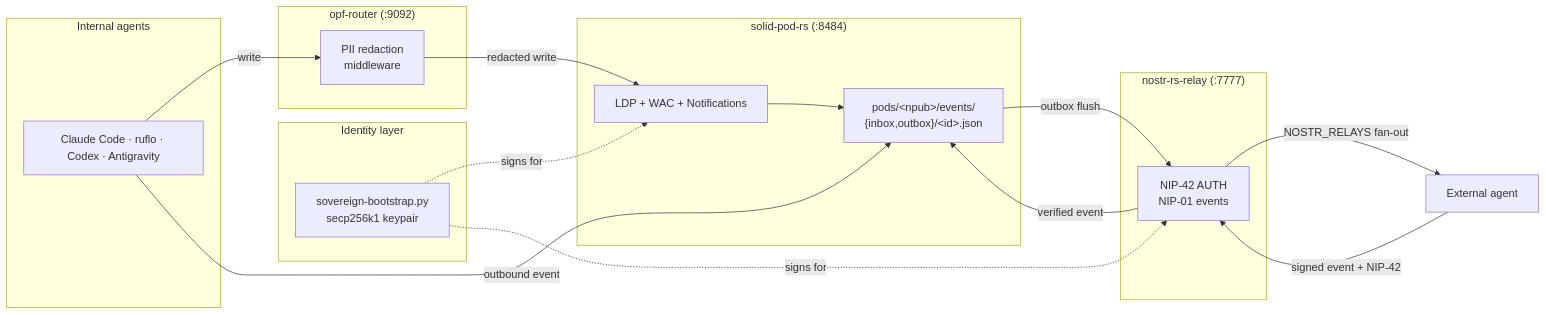
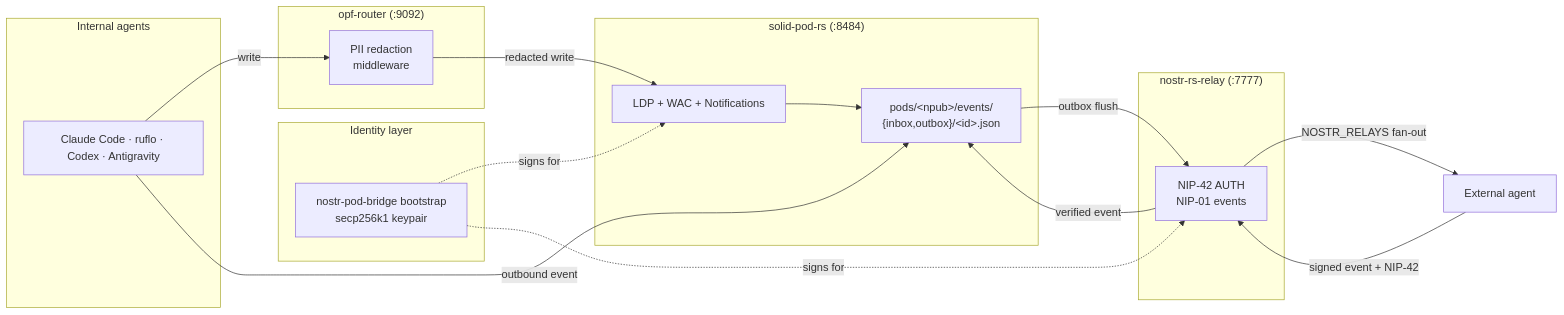
One commit to DreamLab-AI/agentbox changed the diagram in docs/user/solid-pod.md. Above: the diagram before and after it, drawn with Mermaid. The commit also changed other lines of this file and 11 other files, not shown here.

First line of the commit message:
docs: point the sovereign identity docs at nostr-pod-bridge

````diff
--- a/docs/user/solid-pod.md
+++ b/docs/user/solid-pod.md
@@ -197,29 +197,29 @@
 ```mermaid
 flowchart LR
     subgraph identity["Identity layer"]
-        ID["sovereign-bootstrap.py<br/>secp256k1 keypair"]
+        ID["nostr-pod-bridge bootstrap<br/>secp256k1 keypair"]
     end
     subgraph pod["solid-pod-rs (:8484)"]
         POD["LDP + WAC + Notifications"]
         MBOX["pods/&lt;npub&gt;/events/<br/>{inbox,outbox}/&lt;id&gt;.json"]
         POD --> MBOX
     end
     subgraph relay["nostr-rs-relay (:7777)"]
         REL["NIP-42 AUTH<br/>NIP-01 events"]
     end
     subgraph privacy["opf-router (:9092)"]
         OPF["PII redaction<br/>middleware"]
     end
     subgraph agents["Internal agents"]
         AG["Claude Code · ruflo · Codex · Antigravity"]
     end
     EXT["External agent"] -->|"signed event + NIP-42"| REL
     REL -->|"verified event"| MBOX
     AG -->|"write"| OPF
     OPF -->|"redacted write"| POD
     AG -->|"outbound event"| MBOX
     MBOX -->|"outbox flush"| REL
     REL -->|"NOSTR_RELAYS fan-out"| EXT
     ID -.->|"signs for"| POD
     ID -.->|"signs for"| REL
 ```
````
